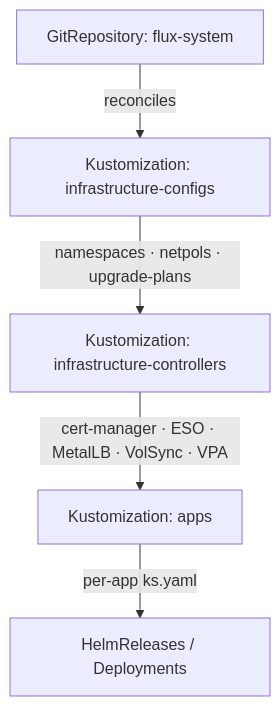
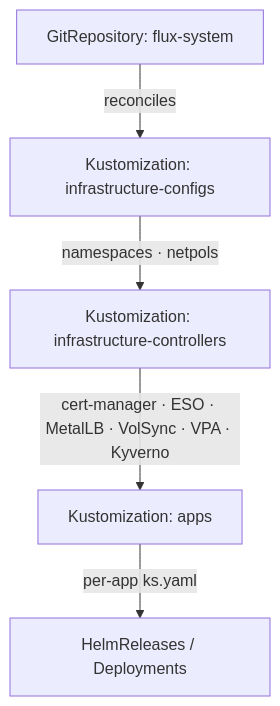
The first of 2 diagrams in README.md (gabroz42/k-homelab), drawn with Mermaid before and after one commit. The commit also changed other lines of this file, not shown here.

````diff
--- a/README.md
+++ b/README.md
@@ -63,7 +62,7 @@
 ```mermaid
 graph TD
     A[GitRepository: flux-system] -->|reconciles| B[Kustomization: infrastructure-configs]
-    B -->|namespaces · netpols · upgrade-plans| C[Kustomization: infrastructure-controllers]
-    C -->|cert-manager · ESO · MetalLB · VolSync · VPA| D[Kustomization: apps]
+    B -->|namespaces · netpols| C[Kustomization: infrastructure-controllers]
+    C -->|cert-manager · ESO · MetalLB · VolSync · VPA · Kyverno| D[Kustomization: apps]
     D -->|per-app ks.yaml| E[HelmReleases / Deployments]
 ```
````
